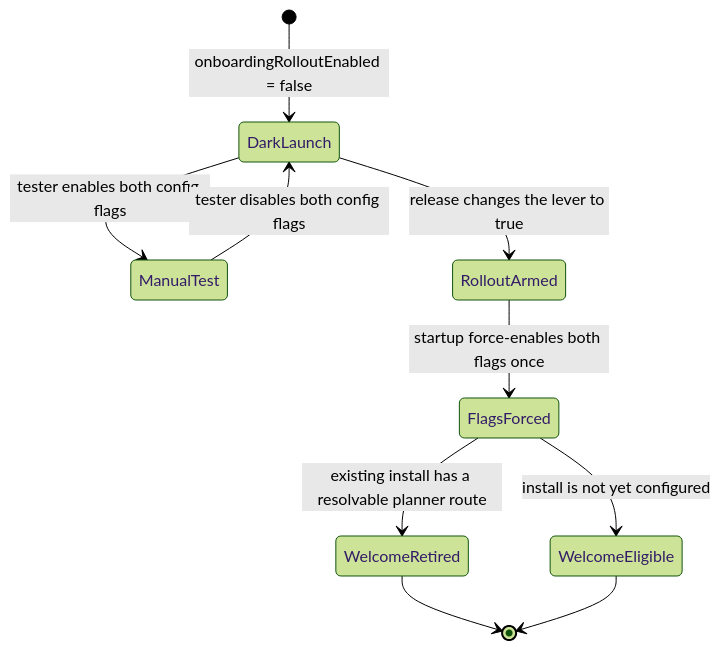
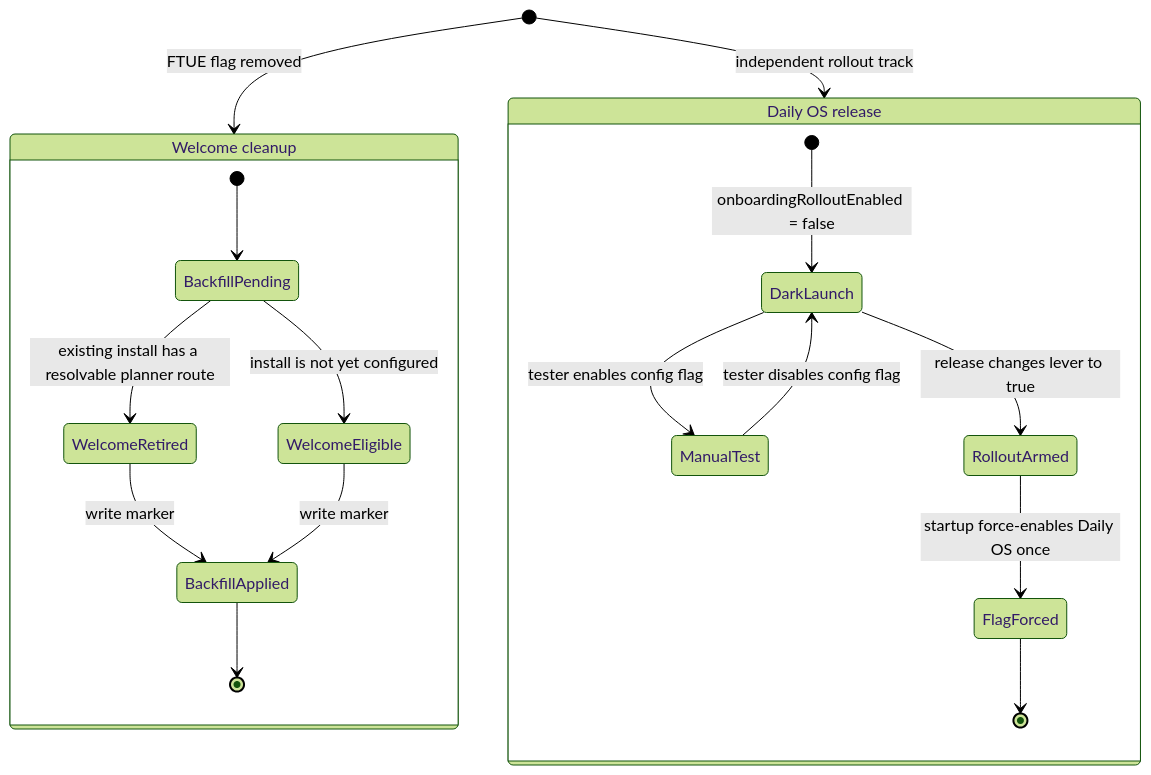
One commit to matthiasn/lotti changed the third of 7 diagrams in lib/features/onboarding/README.md. Above: the diagram before and after it, drawn with Mermaid (forest theme). The commit also changed other lines of this file and 49 other files, not shown here.

Commit message:
feat: retire the onboarding FTUE flag and delete the legacy setup prompt (#3487)

````diff
--- a/lib/features/onboarding/README.md
+++ b/lib/features/onboarding/README.md
@@ -131,12 +132,21 @@
 ```mermaid
 stateDiagram-v2
-    [*] --> DarkLaunch: onboardingRolloutEnabled = false
-    DarkLaunch --> ManualTest: tester enables both config flags
-    ManualTest --> DarkLaunch: tester disables both config flags
-    DarkLaunch --> RolloutArmed: release changes the lever to true
-    RolloutArmed --> FlagsForced: startup force-enables both flags once
-    FlagsForced --> WelcomeRetired: existing install has a resolvable planner route
-    FlagsForced --> WelcomeEligible: install is not yet configured
-    WelcomeRetired --> [*]
-    WelcomeEligible --> [*]
+    state "Welcome cleanup" as WelcomeCleanup {
+        [*] --> BackfillPending
+        BackfillPending --> WelcomeRetired: existing install has a resolvable planner route
+        BackfillPending --> WelcomeEligible: install is not yet configured
+        WelcomeRetired --> BackfillApplied: write marker
+        WelcomeEligible --> BackfillApplied: write marker
+        BackfillApplied --> [*]
+    }
+    state "Daily OS release" as DailyOsRelease {
+        [*] --> DarkLaunch: onboardingRolloutEnabled = false
+        DarkLaunch --> ManualTest: tester enables config flag
+        ManualTest --> DarkLaunch: tester disables config flag
+        DarkLaunch --> RolloutArmed: release changes lever to true
+        RolloutArmed --> FlagForced: startup force-enables Daily OS once
+        FlagForced --> [*]
+    }
+    [*] --> WelcomeCleanup: FTUE flag removed
+    [*] --> DailyOsRelease: independent rollout track
 ```
````
